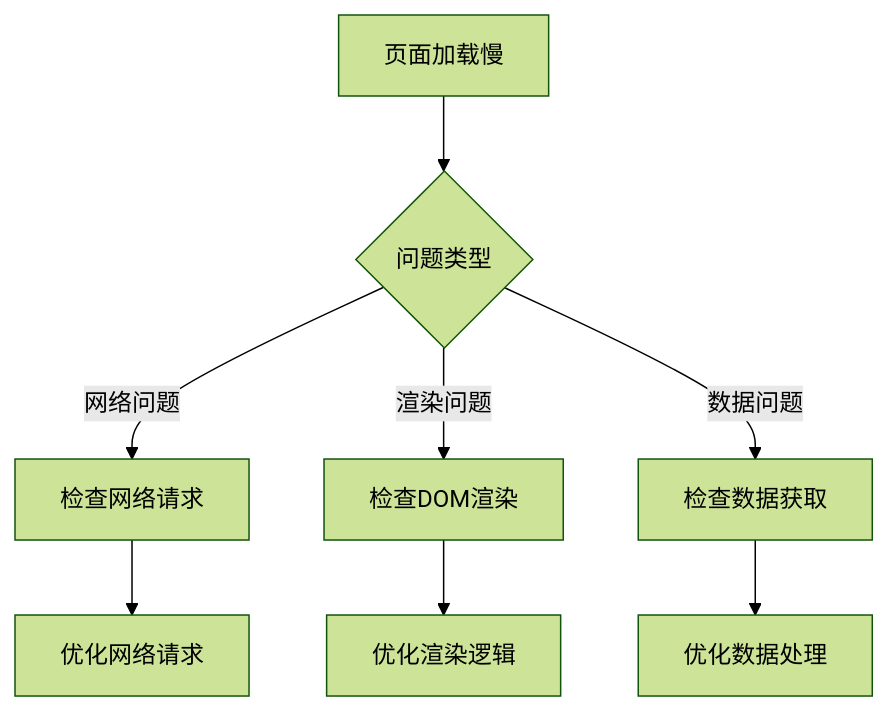
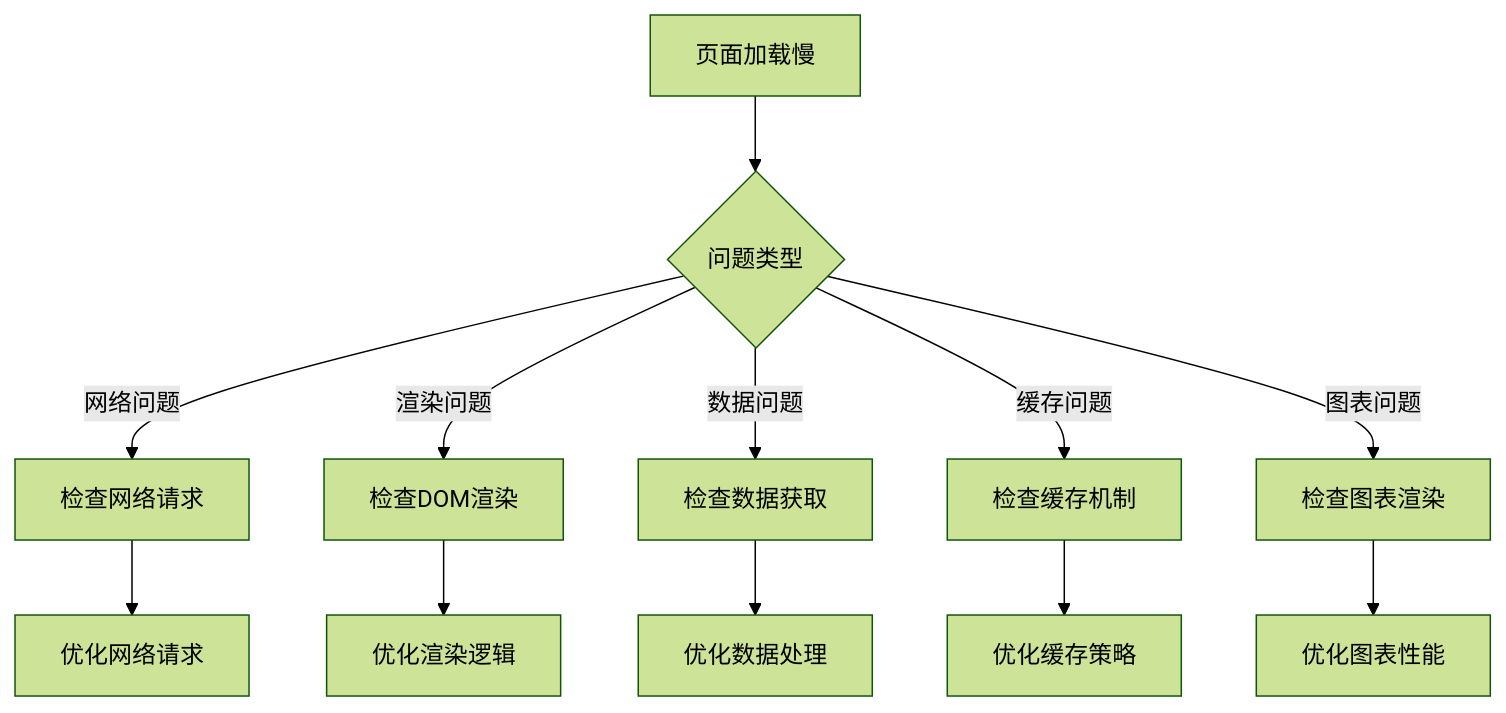
Diagram 13 of 14 in .qoder/repowiki/zh/content/性能优化/性能监控方案.md (zhangxin19911211-creator/Project_BabyAssistant), drawn with Mermaid (forest theme) before and after one commit. The commit also changed other lines of this file and 24 other files, not shown here.

````diff
--- a/.qoder/repowiki/zh/content/性能优化/性能监控方案.md
+++ b/.qoder/repowiki/zh/content/性能优化/性能监控方案.md
@@ -631,10 +843,14 @@
 ```mermaid
 flowchart TD
 A[页面加载慢] --> B{问题类型}
 B --> |网络问题| C[检查网络请求]
 B --> |渲染问题| D[检查DOM渲染]
 B --> |数据问题| E[检查数据获取]
-C --> F[优化网络请求]
-D --> G[优化渲染逻辑]
-E --> H[优化数据处理]
+B --> |缓存问题| F[检查缓存机制]
+B --> |图表问题| G[检查图表渲染]
+C --> H[优化网络请求]
+D --> I[优化渲染逻辑]
+E --> J[优化数据处理]
+F --> K[优化缓存策略]
+G --> L[优化图表性能]
 ```
````
